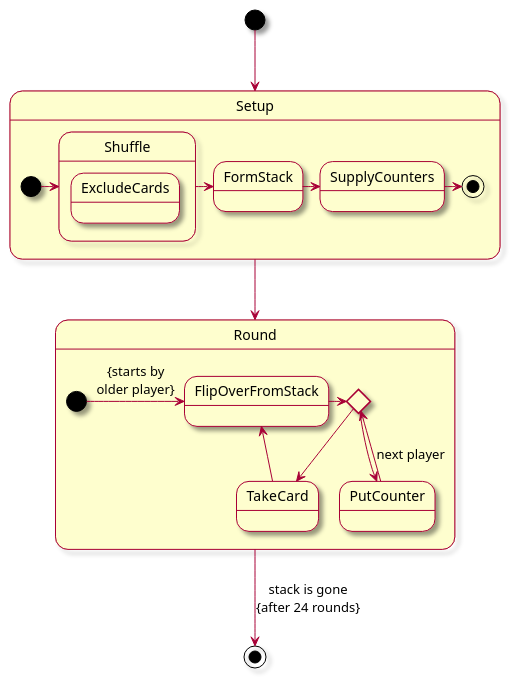
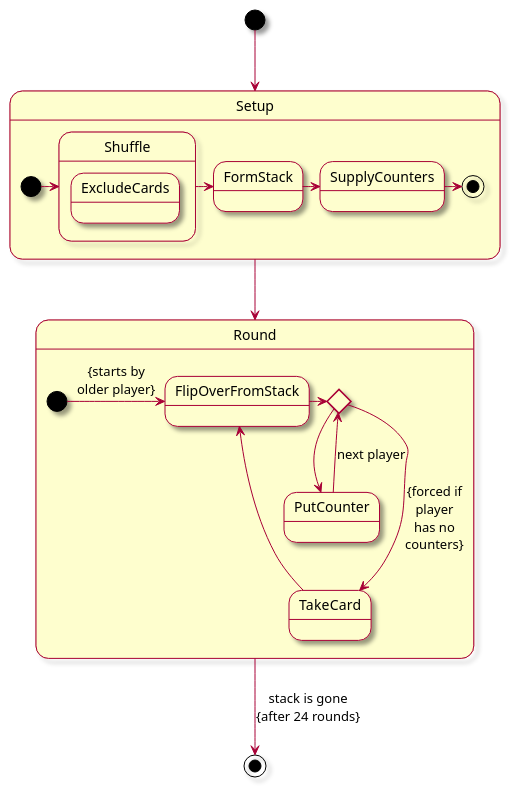
Before and after one commit to RicardoGuzmanVelasco/Playground: the diagram in Assets/NoThanks/Documentation~/Context.puml, drawn with PlantUML. The commit also changed 7 other files, not shown here.

```diff
--- a/Assets/NoThanks/Documentation~/Context.puml
+++ b/Assets/NoThanks/Documentation~/Context.puml
@@ -1,42 +1,42 @@
 @startuml
 skin rose
 
 state Setup{
     state Shuffle{
         state ExcludeCards{
         }
     }
     state FormStack
     state SupplyCounters{
     }
     
     [*] -> Shuffle
     Shuffle -> FormStack
     FormStack -> SupplyCounters
     SupplyCounters -> [*]
 }
 
 state Round{
     state FlipOverFromStack
         state TakeCard
         state PutCounter
         
         state C1 <<choice>>
         
         FlipOverFromStack -> C1
         
-        C1 --> TakeCard
+        C1 ---> TakeCard : {forced if\nplayer\nhas no\ncounters}        
         C1 -> PutCounter
         
         TakeCard --> FlipOverFromStack
         PutCounter --> C1 : next player
     
     [*] -> FlipOverFromStack : {starts by\nolder player}
 }
 
 [*] --> Setup
 Setup --> Round
 
 Round --> [*] : stack is gone\n{after 24 rounds}
 
 @enduml
```
